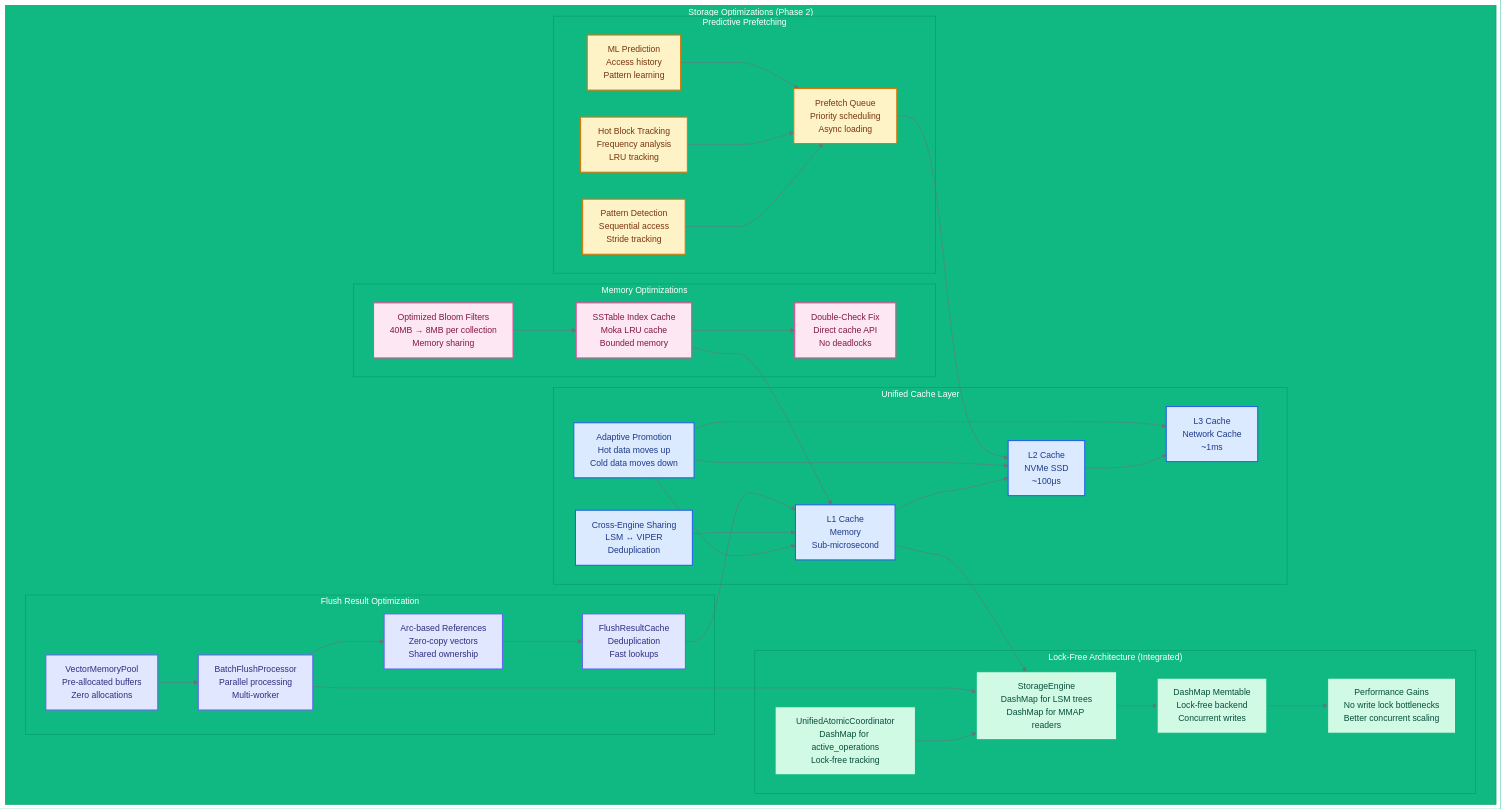
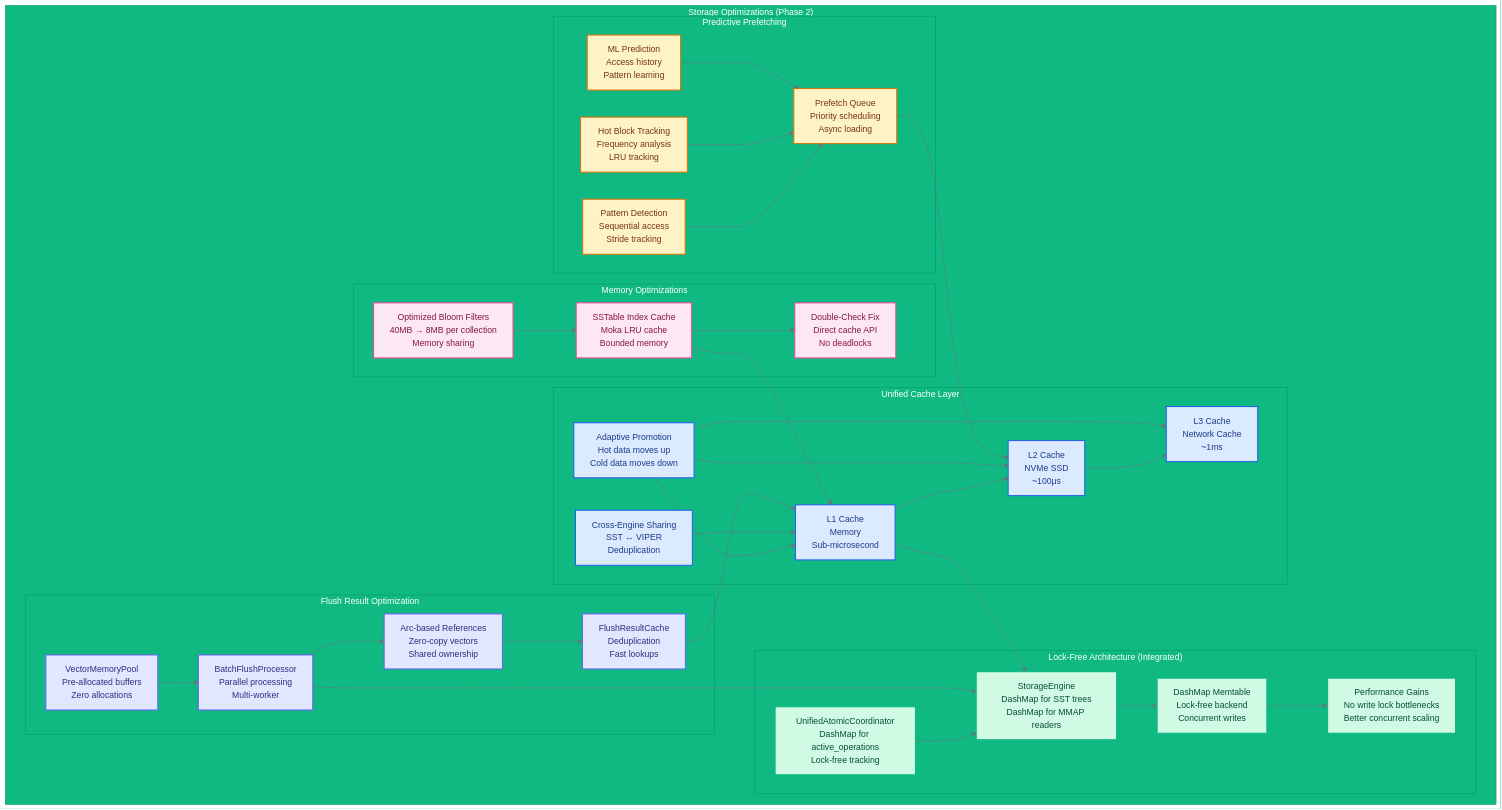
Before and after one commit to vjsingh1984/proximaDB: the diagram in docs/diagrams/storage-optimizations.mmd, drawn with Mermaid. The commit also changed 60 other files, not shown here.

```diff
--- a/docs/diagrams/storage-optimizations.mmd
+++ b/docs/diagrams/storage-optimizations.mmd
@@ -1,89 +1,89 @@
 %%{init: {'theme':'base', 'themeVariables': { 'primaryColor':'#1f2937', 'primaryTextColor':'#fff', 'primaryBorderColor':'#374151', 'lineColor':'#6b7280', 'secondaryColor':'#3b82f6', 'tertiaryColor':'#10b981', 'tertiaryTextColor':'#fff', 'tertiaryBorderColor':'#059669', 'background':'#ffffff', 'mainBkg':'#f3f4f6', 'secondBkg':'#e5e7eb', 'tertiaryBkg':'#d1d5db'}}}%%
 
 graph TB
     subgraph "Storage Optimizations (Phase 2)"
         subgraph "Unified Cache Layer"
             L1[L1 Cache<br/>Memory<br/>Sub-microsecond]
             L2[L2 Cache<br/>NVMe SSD<br/>~100μs]
             L3[L3 Cache<br/>Network Cache<br/>~1ms]
             
             ADAPT[Adaptive Promotion<br/>Hot data moves up<br/>Cold data moves down]
-            SHARE[Cross-Engine Sharing<br/>LSM ↔ VIPER<br/>Deduplication]
+            SHARE[Cross-Engine Sharing<br/>SST ↔ VIPER<br/>Deduplication]
         end
         
         subgraph "Lock-Free Architecture (Integrated)"
-            LFE[StorageEngine<br/>DashMap for LSM trees<br/>DashMap for MMAP readers]
+            LFE[StorageEngine<br/>DashMap for SST trees<br/>DashMap for MMAP readers]
             LFA[UnifiedAtomicCoordinator<br/>DashMap for active_operations<br/>Lock-free tracking]
             LFM[DashMap Memtable<br/>Lock-free backend<br/>Concurrent writes]
             
             PERF[Performance Gains<br/>No write lock bottlenecks<br/>Better concurrent scaling]
         end
         
         subgraph "Predictive Prefetching"
             PATTERN[Pattern Detection<br/>Sequential access<br/>Stride tracking]
             HOT[Hot Block Tracking<br/>Frequency analysis<br/>LRU tracking]
             ML[ML Prediction<br/>Access history<br/>Pattern learning]
             
             QUEUE[Prefetch Queue<br/>Priority scheduling<br/>Async loading]
         end
         
         subgraph "Memory Optimizations"
             BLOOM[Optimized Bloom Filters<br/>40MB → 8MB per collection<br/>Memory sharing]
             CACHE[SSTable Index Cache<br/>Moka LRU cache<br/>Bounded memory]
             DOUBLE[Double-Check Fix<br/>Direct cache API<br/>No deadlocks]
         end
         
         subgraph "Flush Result Optimization"
             POOL[VectorMemoryPool<br/>Pre-allocated buffers<br/>Zero allocations]
             BATCH[BatchFlushProcessor<br/>Parallel processing<br/>Multi-worker]
             ARC[Arc-based References<br/>Zero-copy vectors<br/>Shared ownership]
             FCACHE[FlushResultCache<br/>Deduplication<br/>Fast lookups]
         end
     end
     
     %% Cache tier connections
     L1 --> L2
     L2 --> L3
     ADAPT --> L1
     ADAPT --> L2
     ADAPT --> L3
     SHARE --> L1
     
     %% Lock-free connections
     LFE --> LFM
     LFA --> LFE
     LFM --> PERF
     
     %% Prefetching connections
     PATTERN --> QUEUE
     HOT --> QUEUE
     ML --> QUEUE
     
     %% Memory optimization connections
     BLOOM --> CACHE
     CACHE --> DOUBLE
     
     %% Flush optimization connections
     POOL --> BATCH
     BATCH --> ARC
     ARC --> FCACHE
     
     %% Cross-component connections
     L1 --> LFE
     QUEUE --> L2
     CACHE --> L1
     BATCH --> LFE
     FCACHE --> L1
     
     %% Styling
     classDef cache fill:#dbeafe,stroke:#2563eb,color:#1e3a8a,stroke-width:2px
     classDef lockfree fill:#d1fae5,stroke:#10b981,color:#064e3b,stroke-width:2px
     classDef prefetch fill:#fef3c7,stroke:#d97706,color:#78350f,stroke-width:2px
     classDef memory fill:#fce7f3,stroke:#ec4899,color:#831843,stroke-width:2px
     classDef flush fill:#e0e7ff,stroke:#6366f1,color:#312e81,stroke-width:2px
     
     class L1,L2,L3,ADAPT,SHARE cache
     class LFE,LFA,LFM,PERF lockfree
     class PATTERN,HOT,ML,QUEUE prefetch
     class BLOOM,CACHE,DOUBLE memory
     class POOL,BATCH,ARC,FCACHE flush
```
